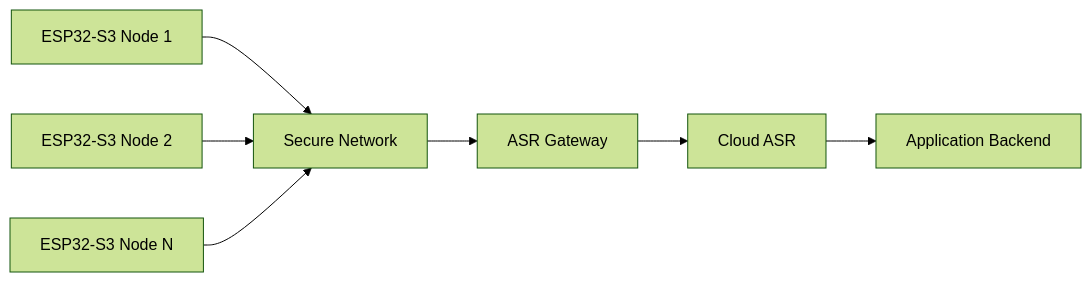
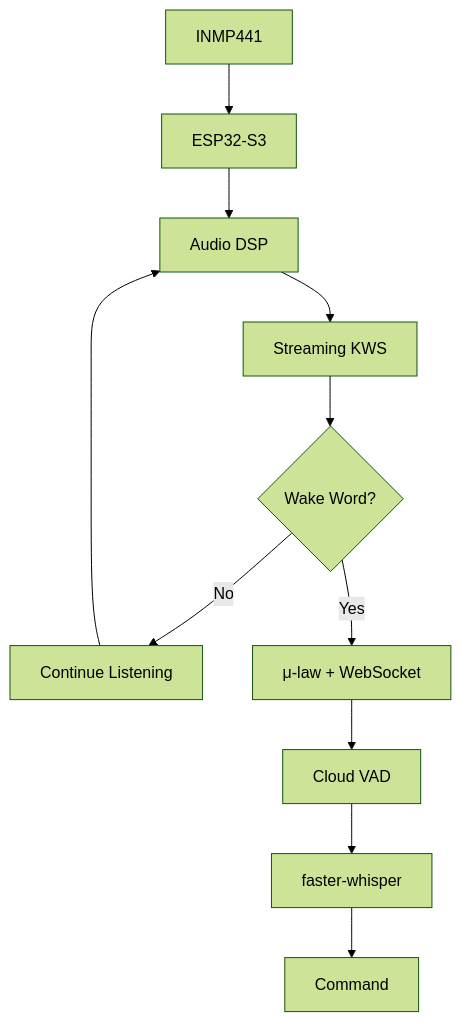
The eighth of 8 diagrams in README.md (Raj24-dev/Kws), drawn with Mermaid (forest theme) before and after one commit. The commit also changed other lines of this file, not shown here.

````diff
--- a/README.md
+++ b/README.md
@@ -1474,19 +719,19 @@
 ```mermaid
-flowchart LR
+flowchart TD
 
-    A["ESP32-S3 Node 1"]
-    B["ESP32-S3 Node 2"]
-    C["ESP32-S3 Node N"]
+    A["INMP441"]
+    B["ESP32-S3"]
+    C["Audio DSP"]
+    D["Streaming KWS"]
+    E{"Wake Word?"}
+    F["Continue Listening"]
+    G["μ-law + WebSocket"]
+    H["Cloud VAD"]
+    I["faster-whisper"]
+    J["Command"]
 
-    D["Secure Network"]
-    E["ASR Gateway"]
-    F["Cloud ASR"]
-    G["Application Backend"]
-
-    A --> D
-    B --> D
-    C --> D
-    D --> E
-    E --> F
-    F --> G
+    A --> B --> C --> D --> E
+    E -->|No| F
+    F --> C
+    E -->|Yes| G --> H --> I --> J
 ```
````
